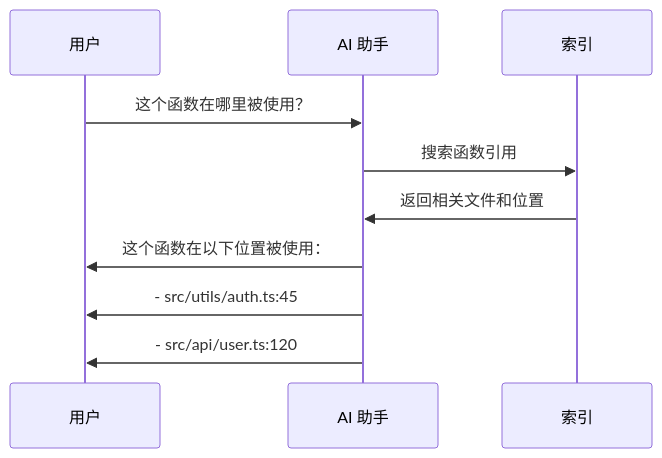
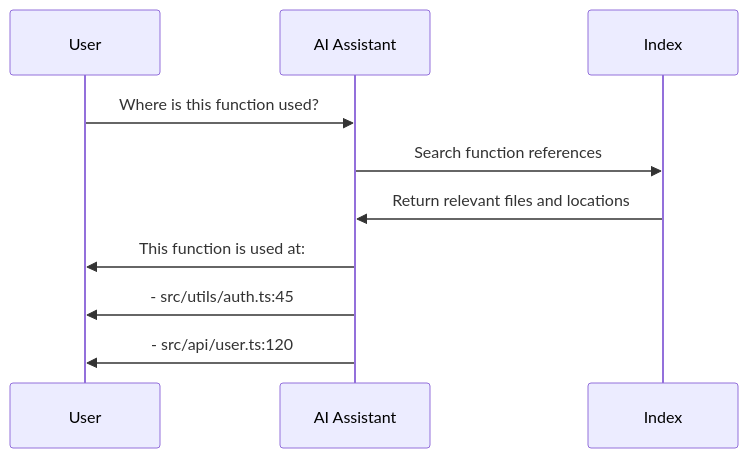
One commit to DDR187/cursor-howto changed the third of 6 diagrams in 03-codebase-indexing/README.md. Above: the diagram before and after it, drawn with Mermaid. The commit also changed other lines of this file and 22 other files, not shown here.

````diff
--- a/03-codebase-indexing/README.md
+++ b/03-codebase-indexing/README.md
@@ -54,13 +54,13 @@
 ```mermaid
 sequenceDiagram
-    participant U as 用户
-    participant AI as AI 助手
-    participant I as 索引
+    participant U as User
+    participant AI as AI Assistant
+    participant I as Index
     
-    U->>AI: 这个函数在哪里被使用？
-    AI->>I: 搜索函数引用
-    I->>AI: 返回相关文件和位置
-    AI->>U: 这个函数在以下位置被使用：
+    U->>AI: Where is this function used?
+    AI->>I: Search function references
+    I->>AI: Return relevant files and locations
+    AI->>U: This function is used at:
     AI->>U: - src/utils/auth.ts:45
     AI->>U: - src/api/user.ts:120
 ```
````
